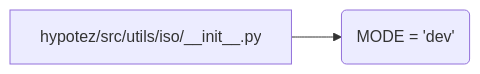
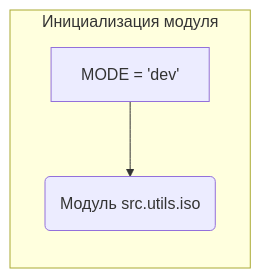
One commit to hypo69/hypo changed the second of 2 diagrams in docs/gemini/ru/explainer/src/utils/iso/__init__.md. Above: the diagram before and after it, drawn with Mermaid. The commit also changed other lines of this file and 311 other files, not shown here.

````diff
--- a/docs/gemini/ru/explainer/src/utils/iso/__init__.md
+++ b/docs/gemini/ru/explainer/src/utils/iso/__init__.md
@@ -38,4 +35,6 @@
 ```mermaid
 graph LR
-    A[hypotez/src/utils/iso/__init__.py] --> B(MODE = 'dev');
+    subgraph Инициализация модуля
+        A[MODE = 'dev'] --> B(Модуль src.utils.iso);
+    end
 ```
````
